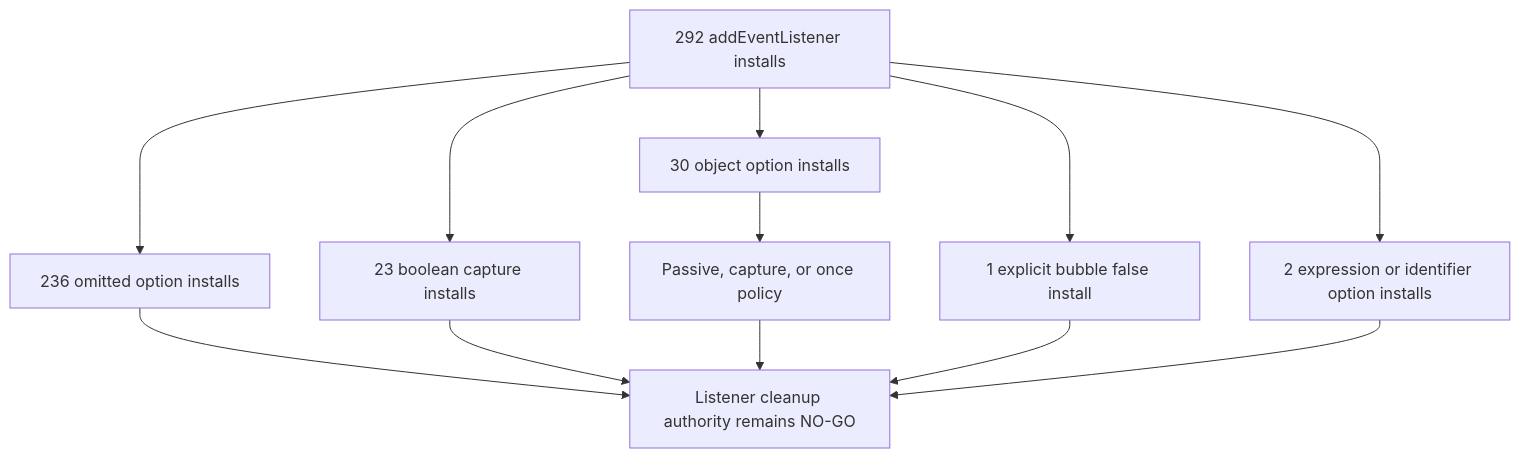
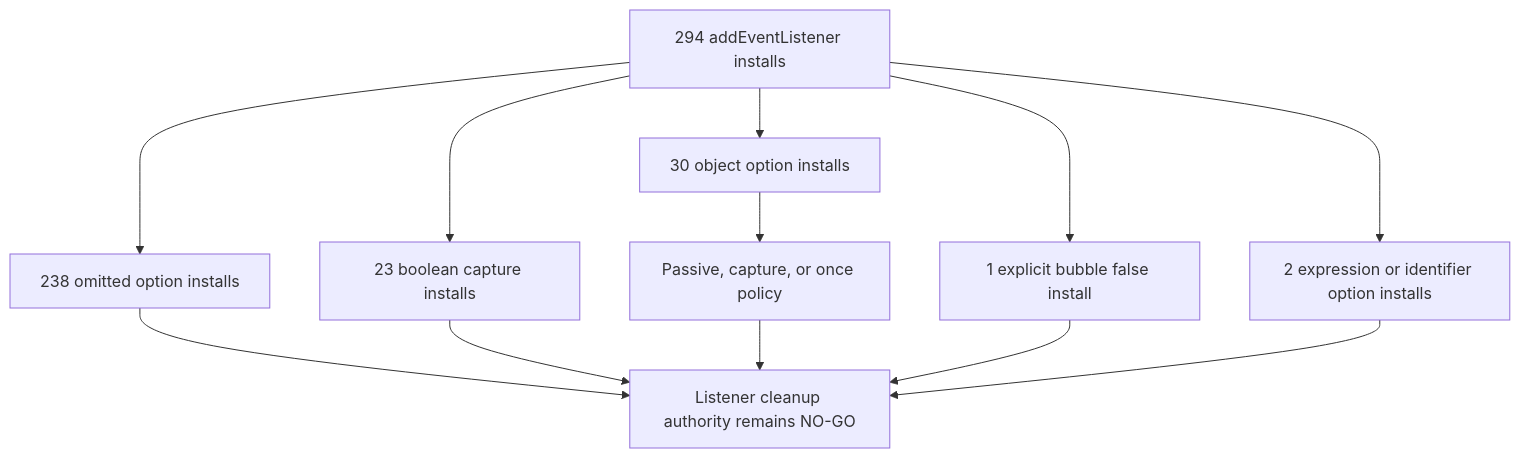
Before and after one commit to varshneydevansh/FilterTube: the second of 47 diagrams in docs/audit/FILTERTUBE_LIFECYCLE_INSTANCE_REGISTER_2026-05-18.md, drawn with Mermaid. The commit also changed other lines of this file and 619 other files, not shown here.

````diff
--- a/docs/audit/FILTERTUBE_LIFECYCLE_INSTANCE_REGISTER_2026-05-18.md
+++ b/docs/audit/FILTERTUBE_LIFECYCLE_INSTANCE_REGISTER_2026-05-18.md
@@ -179,14 +179,14 @@
 ```mermaid
 flowchart TD
-  A["292 addEventListener installs"] --> B["236 omitted option installs"]
+  A["294 addEventListener installs"] --> B["238 omitted option installs"]
   A --> C["23 boolean capture installs"]
   A --> D["30 object option installs"]
   A --> E["1 explicit bubble false install"]
   A --> F["2 expression or identifier option installs"]
   D --> G["Passive, capture, or once policy"]
   B --> H["Listener cleanup authority remains NO-GO"]
   C --> H
   G --> H
   E --> H
   F --> H
 ```
````
